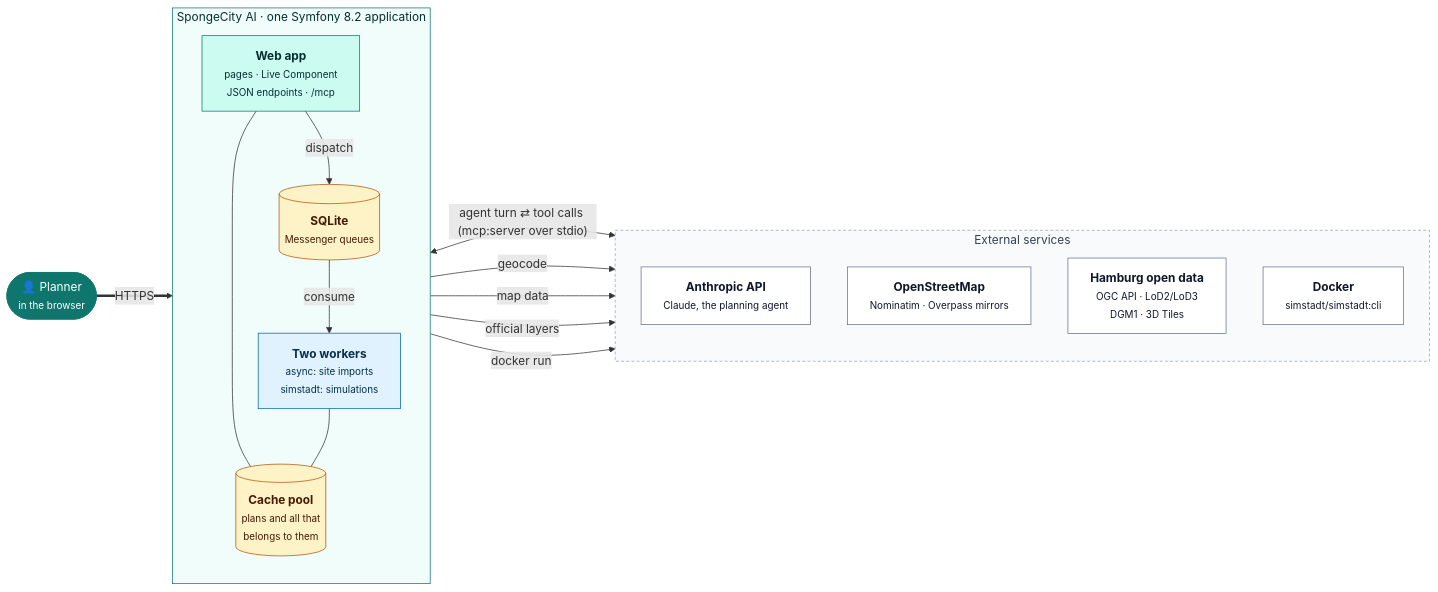
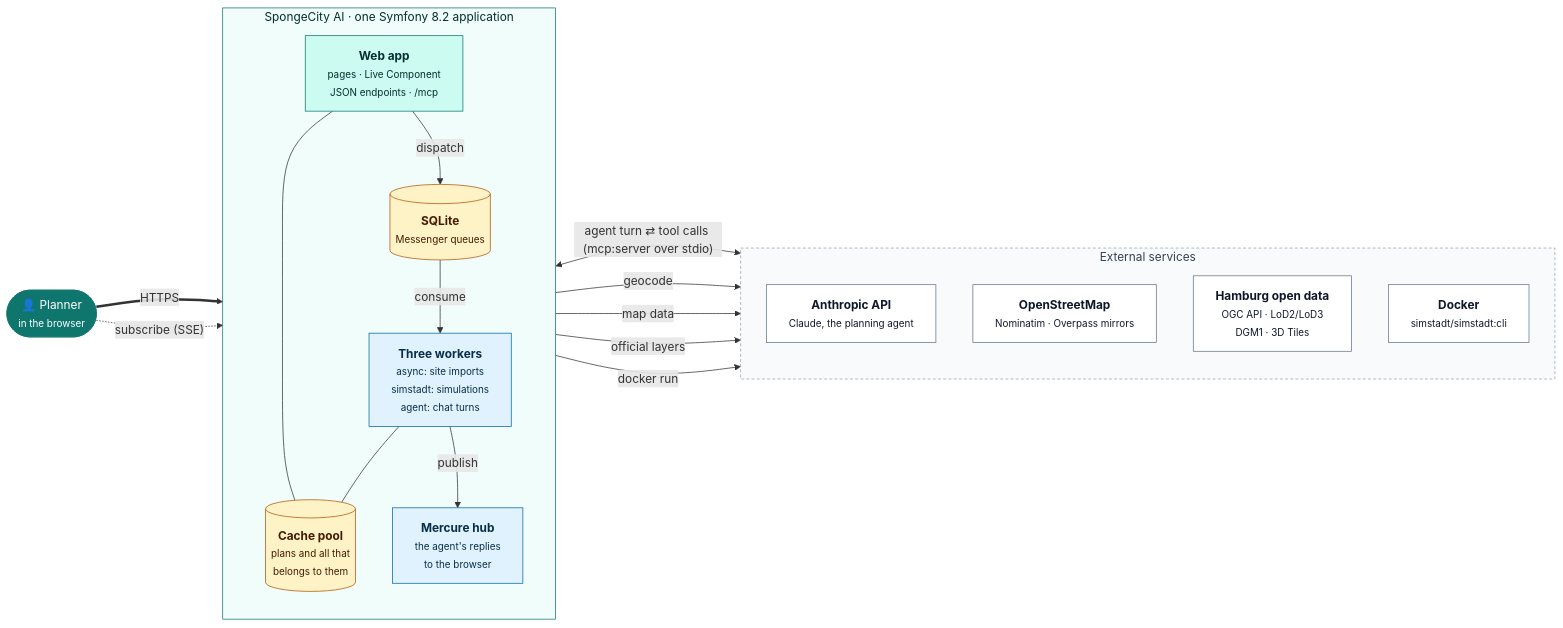
The first of 10 diagrams in docs/overview.md (davidgorges/spongecity-ai-public), drawn with Mermaid before and after one commit. The commit also changed other lines of this file and 2 other files, not shown here.

First line of the commit message:
Docs: the chat runs in a worker and replies through Mercure

````diff
--- a/docs/overview.md
+++ b/docs/overview.md
@@ -41,43 +41,47 @@
 ```mermaid
 flowchart LR
     user(["👤 Planner<br/><small>in the browser</small>"])
 
     subgraph app["SpongeCity AI · one Symfony 8.2 application"]
         direction TB
         web["<b>Web app</b><br/><small>pages · Live Component<br/>JSON endpoints · /mcp</small>"]
         stores[("<b>Cache pool</b><br/><small>plans and all that<br/>belongs to them</small>")]
         queue[("<b>SQLite</b><br/><small>Messenger queues</small>")]
-        workers["<b>Two workers</b><br/><small>async: site imports<br/>simstadt: simulations</small>"]
+        workers["<b>Three workers</b><br/><small>async: site imports<br/>simstadt: simulations<br/>agent: chat turns</small>"]
+        hub["<b>Mercure hub</b><br/><small>the agent's replies<br/>to the browser</small>"]
         web --- stores
         web -- "dispatch" --> queue -- "consume" --> workers
         workers --- stores
+        workers -- "publish" --> hub
     end
 
     subgraph ext["External services"]
         direction TB
         claude["<b>Anthropic API</b><br/><small>Claude, the planning agent</small>"]
         osm["<b>OpenStreetMap</b><br/><small>Nominatim · Overpass mirrors</small>"]
         hh["<b>Hamburg open data</b><br/><small>OGC API · LoD2/LoD3<br/>DGM1 · 3D Tiles</small>"]
         docker["<b>Docker</b><br/><small>simstadt/simstadt:cli</small>"]
     end
 
     user == "HTTPS" ==> web
-    web <-- "agent turn ⇄ tool calls (mcp:server over stdio)" --> claude
+    user -. "subscribe (SSE)" .-> hub
+    workers <-- "agent turn ⇄ tool calls (mcp:server over stdio)" --> claude
     web -- "geocode" --> osm
     workers -- "map data" --> osm
     workers -- "official layers" --> hh
     workers -- "docker run" --> docker
 
     classDef person fill:#0f766e,stroke:#0f766e,color:#ffffff
     classDef core fill:#ccfbf1,stroke:#0f766e,color:#042f2e
     classDef worker fill:#e0f2fe,stroke:#0369a1,color:#082f49
     classDef data fill:#fef3c7,stroke:#b45309,color:#451a03
     classDef external fill:#ffffff,stroke:#64748b,color:#0f172a
     class user person
     class web core
     class workers worker
     class stores,queue data
+    class hub worker
     class claude,osm,hh,docker external
     style app fill:#f0fdfa,stroke:#0f766e,stroke-width:1px,color:#042f2e
     style ext fill:#f8fafc,stroke:#94a3b8,stroke-dasharray:4 3,color:#334155
 ```
````
